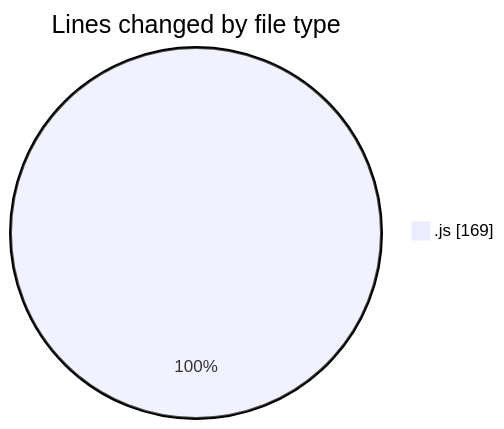
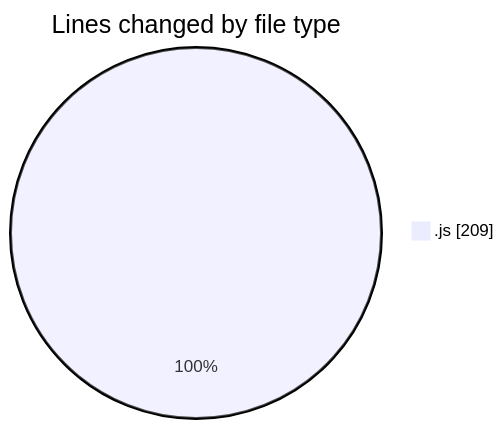
The first of 2 diagrams in 2025-06-19/nxtqube_webapp/README.md (nxtqubesakshisongat/code-tracking), drawn with Mermaid before and after one commit. The commit also changed other lines of this file and 1 other file, not shown here.

````diff
--- a/2025-06-19/nxtqube_webapp/README.md
+++ b/2025-06-19/nxtqube_webapp/README.md
@@ -22,5 +24,5 @@
 ```mermaid
 pie showData
 title Lines changed by file type
-".js" : 169
+".js" : 209
 ```
````
